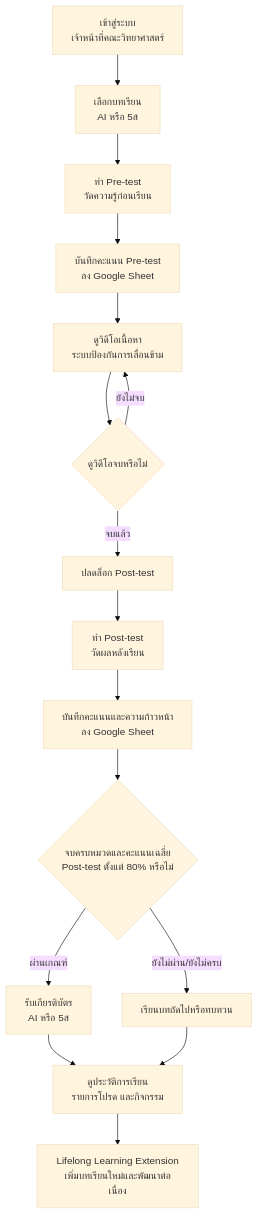
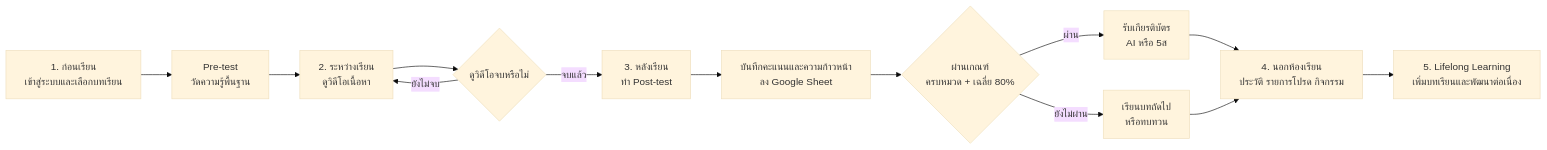
Before and after one commit to Tanapornr/sciusnu-ecosystem: the diagram in assignment/digital-learning-ecosystem-report.md, drawn with Mermaid (base theme).

Commit message:
Make learning journey flowchart horizontal

````diff
--- a/assignment/digital-learning-ecosystem-report.md
+++ b/assignment/digital-learning-ecosystem-report.md
@@ -163,18 +163,15 @@
 ```mermaid
-flowchart TD
-  A["เข้าสู่ระบบ<br/>เจ้าหน้าที่คณะวิทยาศาสตร์"] --> B["เลือกบทเรียน<br/>AI หรือ 5ส"]
-  B --> C["ทำ Pre-test<br/>วัดความรู้ก่อนเรียน"]
-  C --> D["บันทึกคะแนน Pre-test<br/>ลง Google Sheet"]
-  D --> E["ดูวิดีโอเนื้อหา<br/>ระบบป้องกันการเลื่อนข้าม"]
-  E --> F{"ดูวิดีโอจบหรือไม่"}
-  F -- "ยังไม่จบ" --> E
-  F -- "จบแล้ว" --> G["ปลดล็อก Post-test"]
-  G --> H["ทำ Post-test<br/>วัดผลหลังเรียน"]
-  H --> I["บันทึกคะแนนและความก้าวหน้า<br/>ลง Google Sheet"]
-  I --> J{"จบครบหมวดและคะแนนเฉลี่ย<br/>Post-test ตั้งแต่ 80% หรือไม่"}
-  J -- "ผ่านเกณฑ์" --> K["รับเกียรติบัตร<br/>AI หรือ 5ส"]
-  J -- "ยังไม่ผ่าน/ยังไม่ครบ" --> L["เรียนบทถัดไปหรือทบทวน"]
-  K --> M["ดูประวัติการเรียน<br/>รายการโปรด และกิจกรรม"]
-  L --> M
-  M --> N["Lifelong Learning Extension<br/>เพิ่มบทเรียนใหม่และพัฒนาต่อเนื่อง"]
+flowchart LR
+  A["1. ก่อนเรียน<br/>เข้าสู่ระบบและเลือกบทเรียน"] --> B["Pre-test<br/>วัดความรู้พื้นฐาน"]
+  B --> C["2. ระหว่างเรียน<br/>ดูวิดีโอเนื้อหา"]
+  C --> D{"ดูวิดีโอจบหรือไม่"}
+  D -- "ยังไม่จบ" --> C
+  D -- "จบแล้ว" --> E["3. หลังเรียน<br/>ทำ Post-test"]
+  E --> F["บันทึกคะแนนและความก้าวหน้า<br/>ลง Google Sheet"]
+  F --> G{"ผ่านเกณฑ์<br/>ครบหมวด + เฉลี่ย 80%"}
+  G -- "ผ่าน" --> H["รับเกียรติบัตร<br/>AI หรือ 5ส"]
+  G -- "ยังไม่ผ่าน" --> I["เรียนบทถัดไป<br/>หรือทบทวน"]
+  H --> J["4. นอกห้องเรียน<br/>ประวัติ รายการโปรด กิจกรรม"]
+  I --> J
+  J --> K["5. Lifelong Learning<br/>เพิ่มบทเรียนและพัฒนาต่อเนื่อง"]
 ```
````
